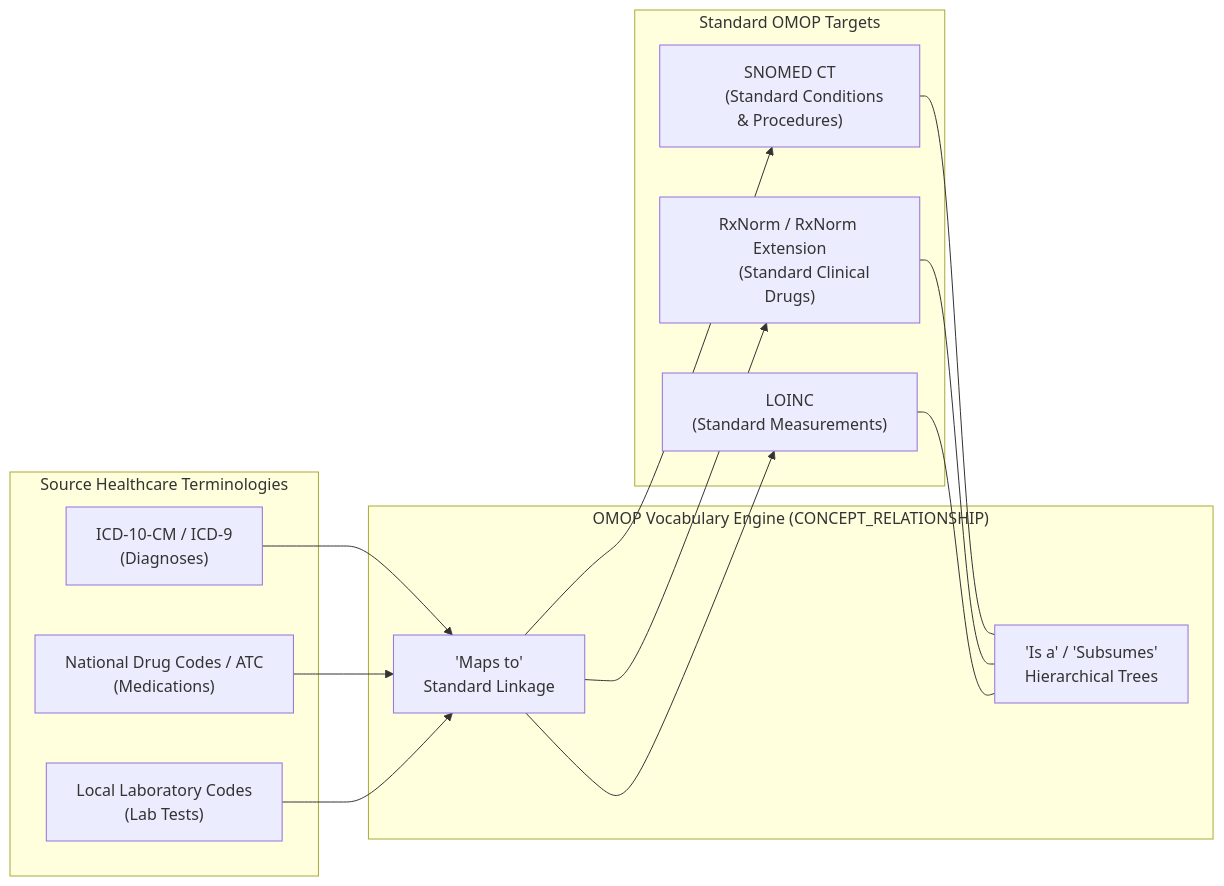
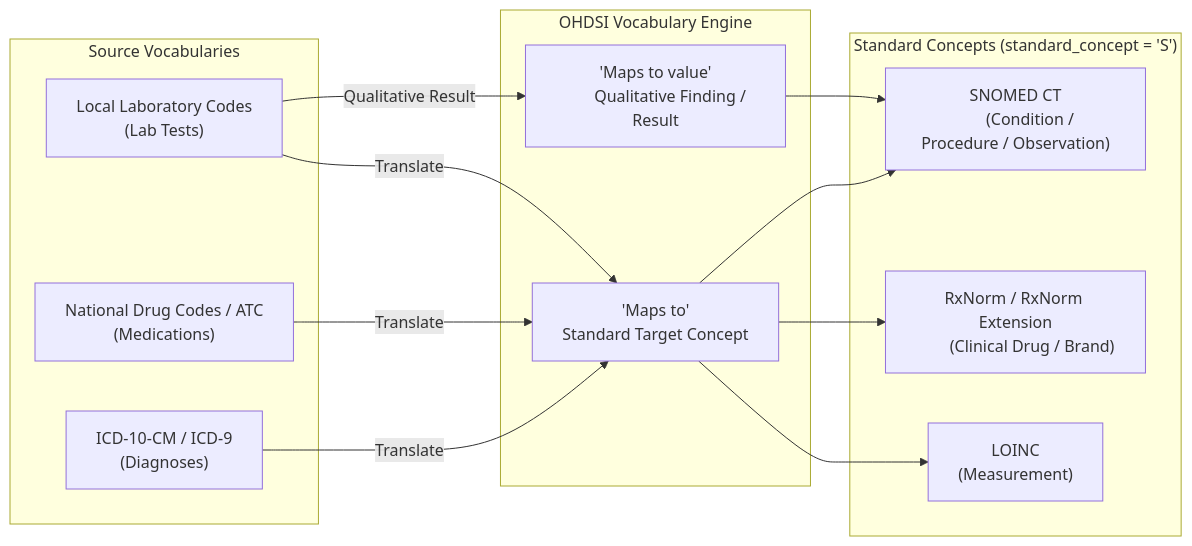
One commit to iomedhealth/OmopAnalyticsGuide changed the second of 4 diagrams in docs/data_enablement/02_etl_and_data_quality.md. Above: the diagram before and after it, drawn with Mermaid. The commit also changed other lines of this file, not shown here.

Commit message:
docs: refine OMOP ETL and data quality guide with narrative lifecycle and tools

````diff
--- a/docs/data_enablement/02_etl_and_data_quality.md
+++ b/docs/data_enablement/02_etl_and_data_quality.md
@@ -20,34 +52,32 @@
 ```mermaid
 flowchart LR
-    subgraph SourceCodes["Source Healthcare Terminologies"]
+    subgraph Source["Source Vocabularies"]
         S1["ICD-10-CM / ICD-9
         (Diagnoses)"]
         S2["National Drug Codes / ATC
         (Medications)"]
         S3["Local Laboratory Codes
         (Lab Tests)"]
     end
 
-    subgraph VocabMapping["OMOP Vocabulary Engine (CONCEPT_RELATIONSHIP)"]
+    subgraph Engine["OHDSI Vocabulary Engine"]
         M1["'Maps to'
-        Standard Linkage"]
-        M2["'Is a' / 'Subsumes'
-        Hierarchical Trees"]
+        Standard Target Concept"]
+        M2["'Maps to value'
+        Qualitative Finding / Result"]
     end
 
-    subgraph StandardConcepts["Standard OMOP Targets"]
+    subgraph Target["Standard Concepts (standard_concept = 'S')"]
         T1["SNOMED CT
-        (Standard Conditions & Procedures)"]
+        (Condition / Procedure / Observation)"]
         T2["RxNorm / RxNorm Extension
-        (Standard Clinical Drugs)"]
+        (Clinical Drug / Brand)"]
         T3["LOINC
-        (Standard Measurements)"]
+        (Measurement)"]
     end
 
-    S1 --> M1 --> T1
-    S2 --> M1 --> T2
-    S3 --> M1 --> T3
-    T1 --- M2
-    T2 --- M2
-    T3 --- M2
+    S1 -->|"Translate"| M1 --> T1
+    S2 -->|"Translate"| M1 --> T2
+    S3 -->|"Translate"| M1 --> T3
+    S3 -->|"Qualitative Result"| M2 --> T1
 ```
````
